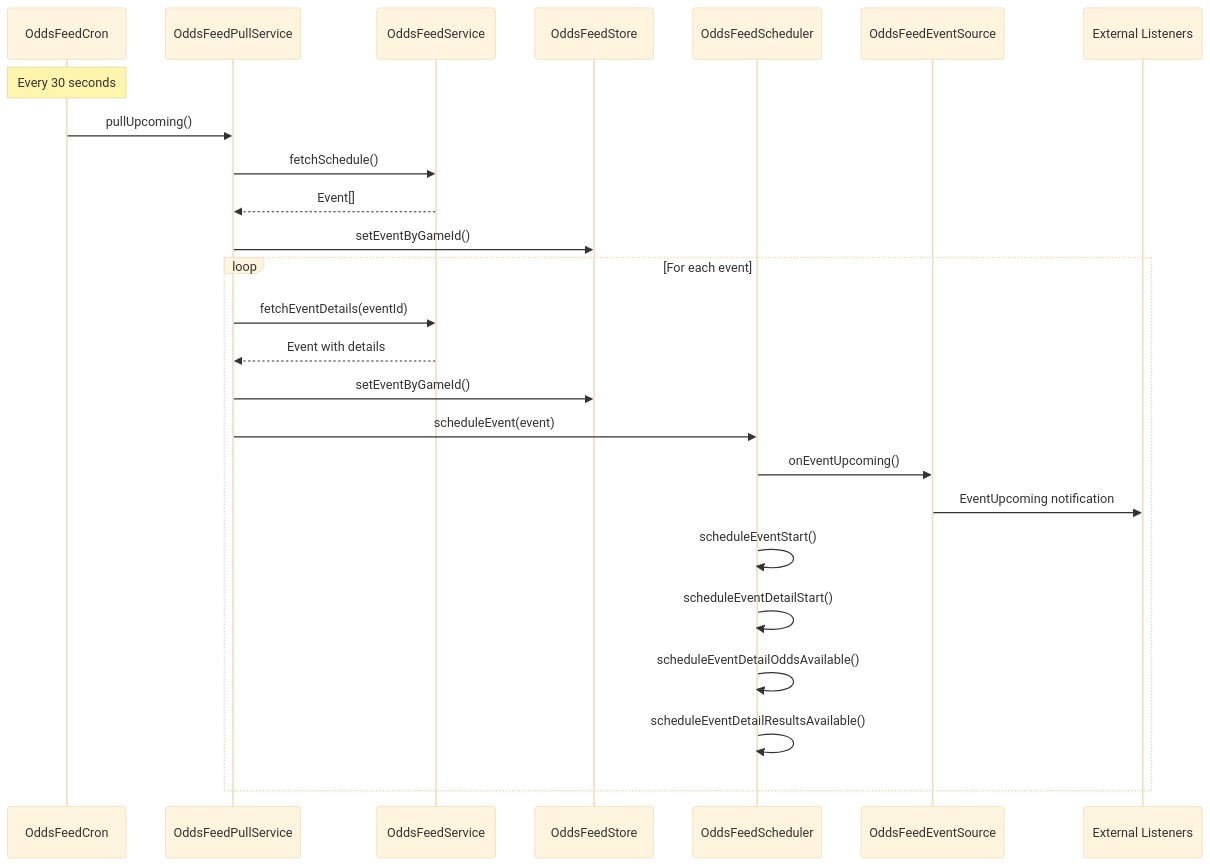
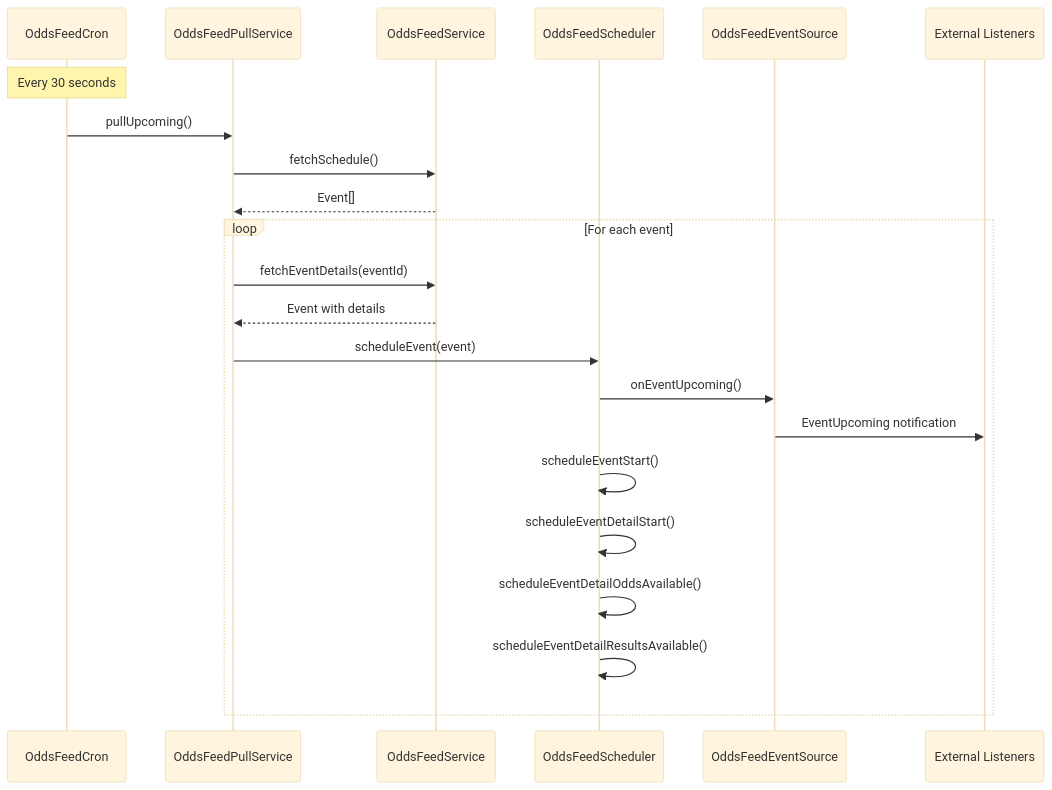
The second of 3 diagrams in README.md (starixvn/l1_marble-games_odds-feed-client), drawn with Mermaid (base theme) before and after one commit. The commit also changed other lines of this file and 25 other files, not shown here.

````diff
--- a/README.md
+++ b/README.md
@@ -82,31 +270,28 @@
 ```mermaid
 sequenceDiagram
     participant CR as OddsFeedCron
     participant PS as OddsFeedPullService
     participant OS as OddsFeedService
-    participant ST as OddsFeedStore
     participant SC as OddsFeedScheduler
     participant ES as OddsFeedEventSource
     participant EXT as External Listeners
 
     Note over CR: Every 30 seconds
     CR->>PS: pullUpcoming()
     PS->>OS: fetchSchedule()
     OS-->>PS: Event[]
-    PS->>ST: setEventByGameId()
 
     loop For each event
         PS->>OS: fetchEventDetails(eventId)
         OS-->>PS: Event with details
-        PS->>ST: setEventByGameId()
         PS->>SC: scheduleEvent(event)
 
         SC->>ES: onEventUpcoming()
         ES->>EXT: EventUpcoming notification
 
         SC->>SC: scheduleEventStart()
         SC->>SC: scheduleEventDetailStart()
         SC->>SC: scheduleEventDetailOddsAvailable()
         SC->>SC: scheduleEventDetailResultsAvailable()
     end
 ```
````
